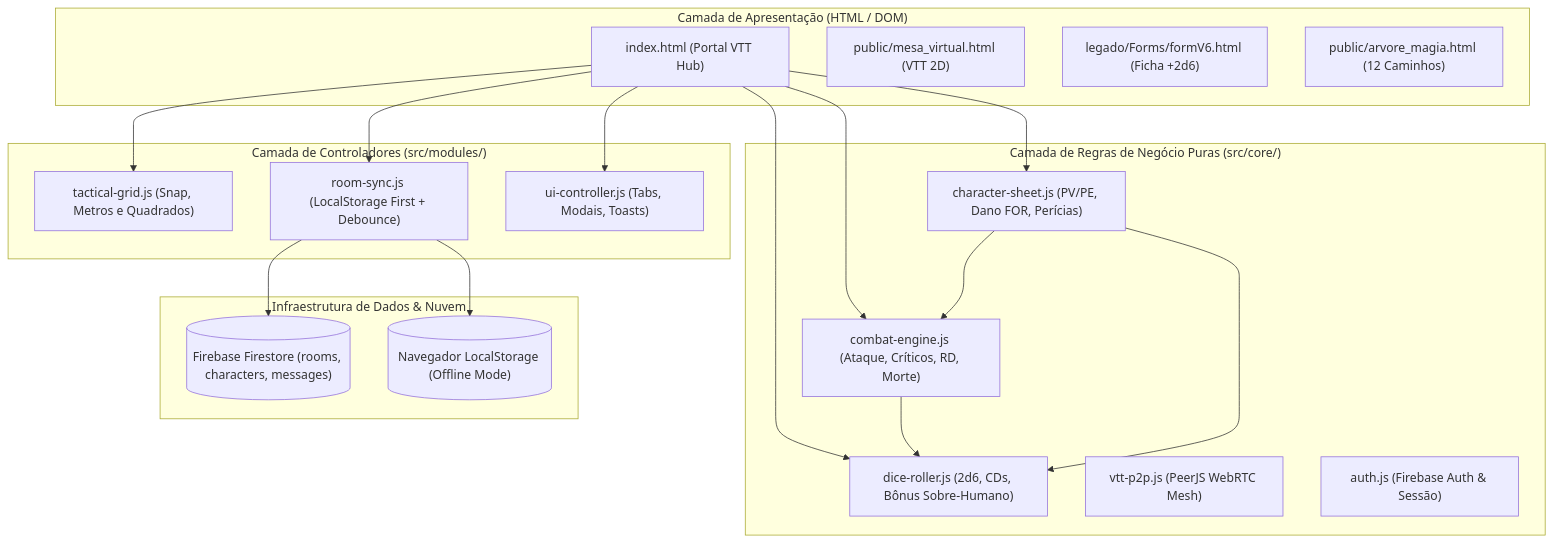
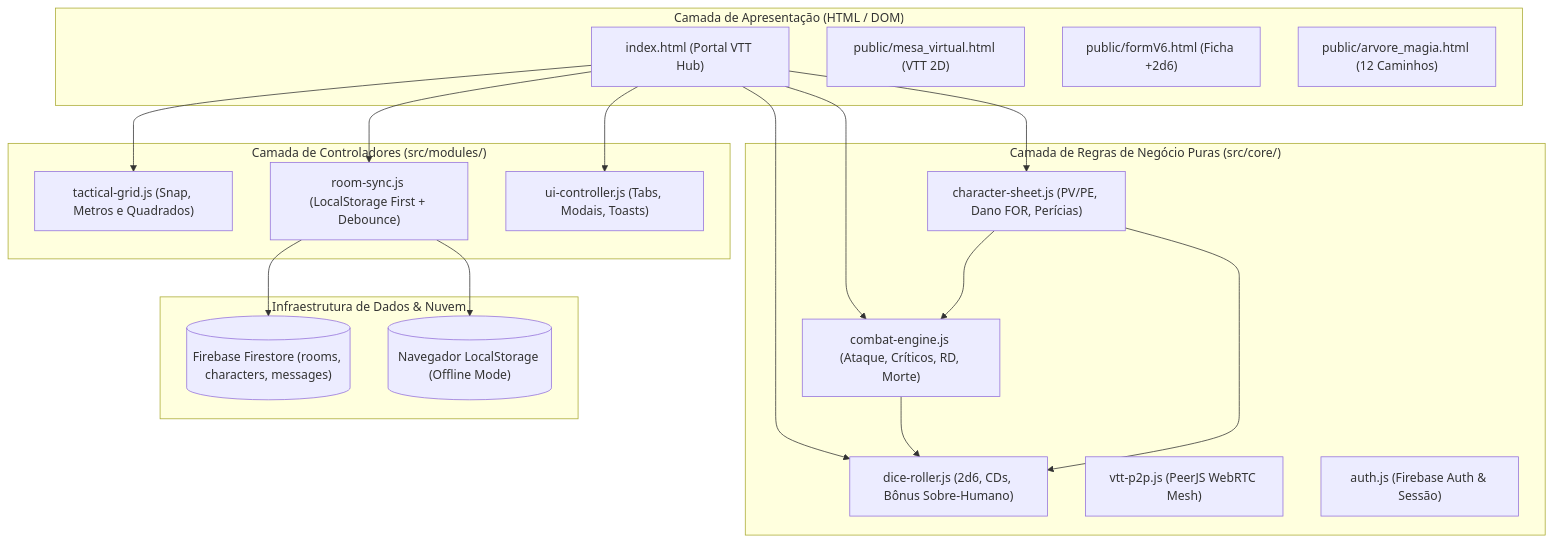
One commit to AndersonAraujoX/RPG changed the first of 2 diagrams in README.md. Above: the diagram before and after it, drawn with Mermaid. The commit also changed 10 other files, not shown here.

Commit message:
refactor: migrate formV6.html character creator to public directory and update navigation references and tests

````diff
--- a/README.md
+++ b/README.md
@@ -20,41 +20,41 @@
 ```mermaid
 graph TD
     subgraph UI_Layer ["Camada de Apresentação (HTML / DOM)"]
         Index["index.html (Portal VTT Hub)"]
         Mesa2D["public/mesa_virtual.html (VTT 2D)"]
-        Forms["legado/Forms/formV6.html (Ficha +2d6)"]
+        Forms["public/formV6.html (Ficha +2d6)"]
         Magia["public/arvore_magia.html (12 Caminhos)"]
     end
 
     subgraph Modules_Layer ["Camada de Controladores (src/modules/)"]
         Grid["tactical-grid.js (Snap, Metros e Quadrados)"]
         Sync["room-sync.js (LocalStorage First + Debounce)"]
         UI["ui-controller.js (Tabs, Modais, Toasts)"]
     end
 
     subgraph Core_Layer ["Camada de Regras de Negócio Puras (src/core/)"]
         Combat["combat-engine.js (Ataque, Críticos, RD, Morte)"]
         Dice["dice-roller.js (2d6, CDs, Bônus Sobre-Humano)"]
         Sheet["character-sheet.js (PV/PE, Dano FOR, Perícias)"]
         P2P["vtt-p2p.js (PeerJS WebRTC Mesh)"]
         AuthCore["auth.js (Firebase Auth & Sessão)"]
     end
 
     subgraph Cloud_Layer ["Infraestrutura de Dados & Nuvem"]
         Firestore[("Firebase Firestore (rooms, characters, messages)")]
         LocalStorage[("Navegador LocalStorage (Offline Mode)")]
     end
 
     Index --> UI
     Index --> Sync
     Index --> Grid
     Index --> Combat
     Index --> Dice
     Index --> Sheet
 
     Combat --> Dice
     Sheet --> Combat
     Sheet --> Dice
     Sync --> Firestore
     Sync --> LocalStorage
 ```
````
